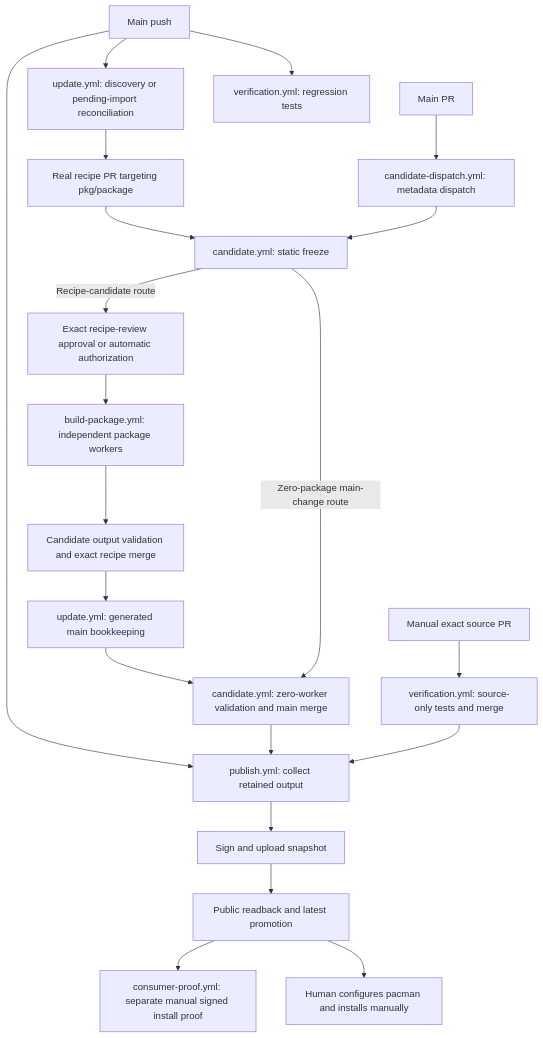
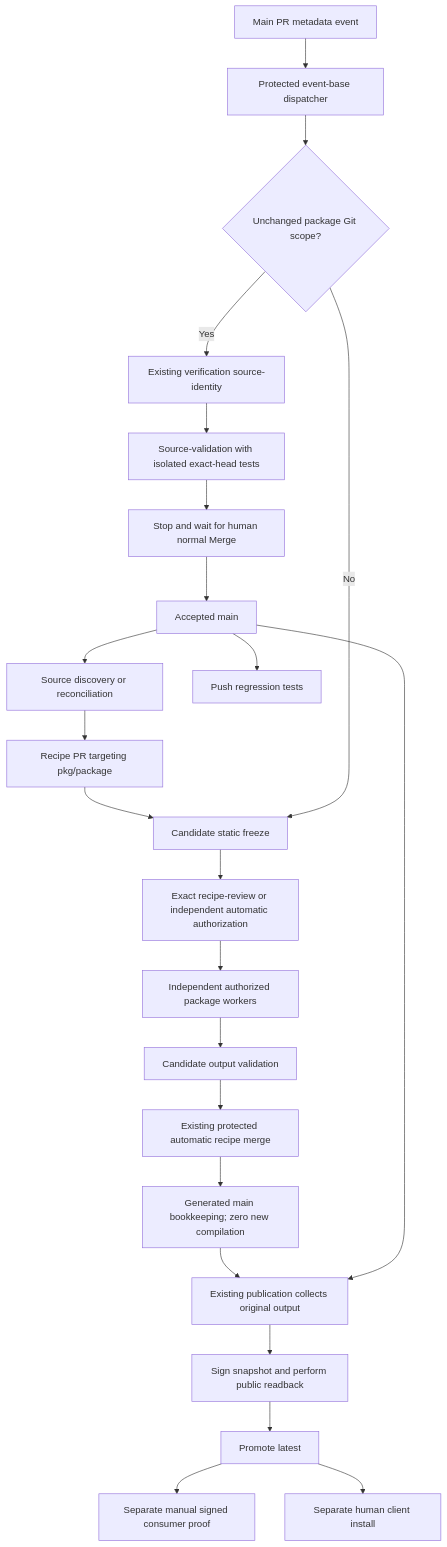
Before and after one commit to vith/arch-packages: the diagram in docs/system-flow.md, drawn with Mermaid. The commit also changed other lines of this file and 1 other file, not shown here.

Commit message:
Document source validation ending at human merge

````diff
--- a/docs/system-flow.md
+++ b/docs/system-flow.md
@@ -43,23 +36,25 @@
 ```mermaid
 flowchart TD
-    U[update.yml: discovery or pending-import reconciliation] --> R[Real recipe PR targeting pkg/package]
-    R --> C[candidate.yml: static freeze]
-    M[Main PR] --> D[candidate-dispatch.yml: metadata dispatch]
-    D --> C
-    C -->|Recipe-candidate route| A[Exact recipe-review approval or automatic authorization]
-    A --> W[build-package.yml: independent package workers]
-    W --> V[Candidate output validation and exact recipe merge]
-    V --> U2[update.yml: generated main bookkeeping]
-    U2 --> Z[candidate.yml: zero-worker validation and main merge]
-    C -->|Zero-package main-change route| Z
-    S[Manual exact source PR] --> T[verification.yml: source-only tests and merge]
-    P[Main push] --> G[verification.yml: regression tests]
-    P --> U
-    P --> PUB[publish.yml: collect retained output]
-    Z --> PUB
-    T --> PUB
-    PUB --> SIGN[Sign and upload snapshot]
-    SIGN --> READ[Public readback and latest promotion]
-    READ --> CP[consumer-proof.yml: separate manual signed install proof]
-    READ --> CLIENT[Human configures pacman and installs manually]
+    U[Source discovery or reconciliation] --> R[Recipe PR targeting pkg/package]
+    R --> C[Candidate static freeze]
+    C --> A[Exact recipe-review or independent automatic authorization]
+    A --> W[Independent authorized package workers]
+    W --> V[Candidate output validation]
+    V --> M[Existing protected automatic recipe merge]
+    M --> B[Generated main bookkeeping; zero new compilation]
+    B --> P[Existing publication collects original output]
+    Q[Main PR metadata event] --> D[Protected event-base dispatcher]
+    D --> S{Unchanged package Git scope?}
+    S -->|Yes| I[Existing verification source-identity]
+    I --> T[Source-validation with isolated exact-head tests]
+    T --> H[Stop and wait for human normal Merge]
+    S -->|No| C
+    H --> MAIN[Accepted main]
+    MAIN --> REG[Push regression tests]
+    MAIN --> U
+    MAIN --> P
+    P --> SIGN[Sign snapshot and perform public readback]
+    SIGN --> L[Promote latest]
+    L --> CP[Separate manual signed consumer proof]
+    L --> CLIENT[Separate human client install]
 ```
````
